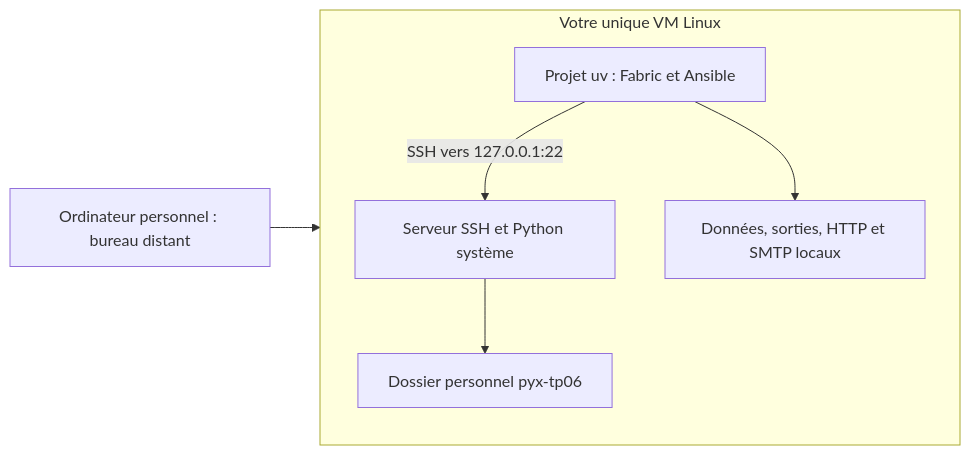
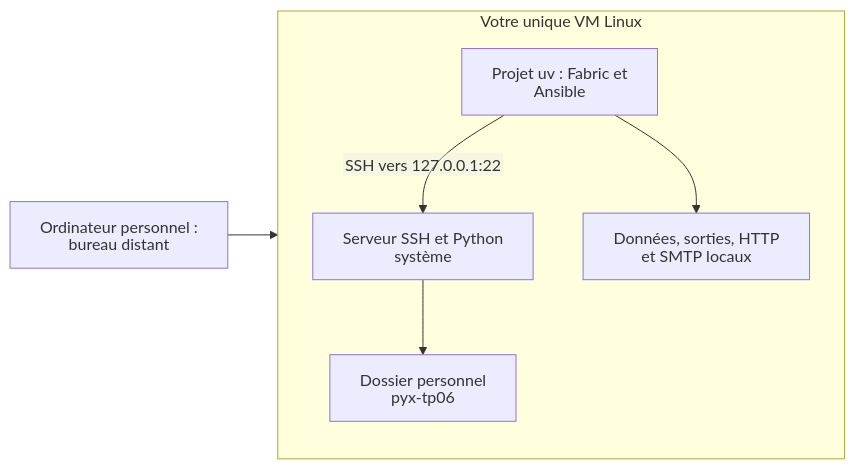
Before and after one commit to lapeyrade/formation-python: the first of 2 diagrams in laboratoire/README.md, drawn with Mermaid. The commit also changed other lines of this file and 17 other files, not shown here.

````diff
--- a/laboratoire/README.md
+++ b/laboratoire/README.md
@@ -11,9 +11,10 @@
 ```mermaid
+%%{init: {"htmlLabels": false, "flowchart": {"htmlLabels": false}}}%%
 flowchart LR
-  P["Ordinateur personnel : bureau distant"] --> V
+  P["Ordinateur personnel :<br/>bureau distant"] --> V
   subgraph V["Votre unique VM Linux"]
-    C["Projet uv : Fabric et Ansible"] -->|SSH vers 127.0.0.1:22| T["Serveur SSH et Python système"]
-    T --> D["Dossier personnel pyx-tp06"]
-    C --> S["Données, sorties, HTTP et SMTP locaux"]
+    C["Projet uv : Fabric et<br/>Ansible"] -->|SSH vers 127.0.0.1:22| T["Serveur SSH et Python<br/>système"]
+    T --> D["Dossier personnel<br/>pyx-tp06"]
+    C --> S["Données, sorties, HTTP<br/>et SMTP locaux"]
   end
 ```
````
